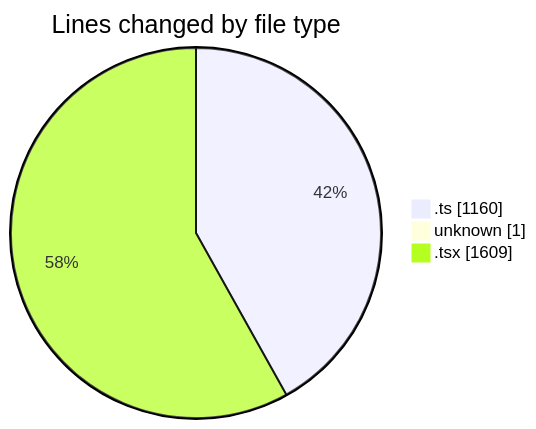
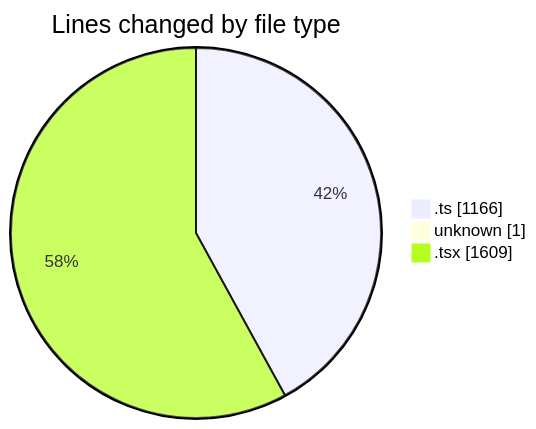
One commit to robertbonfada/code-tracking changed the first of 2 diagrams in 2025-02-17/mbc-web/README.md. Above: the diagram before and after it, drawn with Mermaid. The commit also changed other lines of this file and 1 other file, not shown here.

````diff
--- a/2025-02-17/mbc-web/README.md
+++ b/2025-02-17/mbc-web/README.md
@@ -38,7 +38,7 @@
 ```mermaid
 pie showData
 title Lines changed by file type
-".ts" : 1160
+".ts" : 1166
 "unknown" : 1
 ".tsx" : 1609
 ```
````
